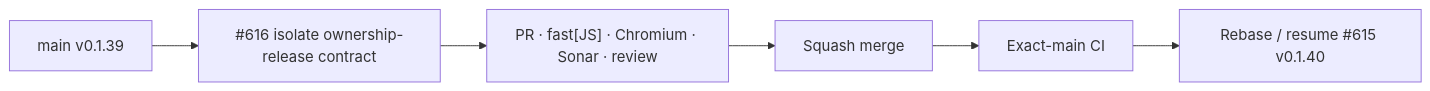
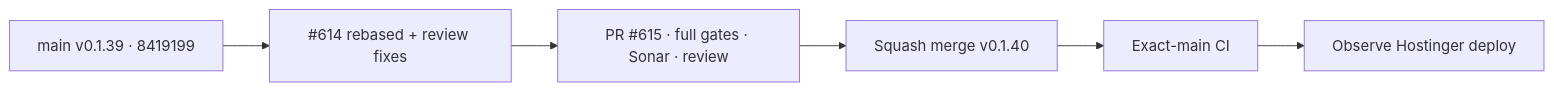
The diagram in README.md (pl0n3r/brvtal), drawn with Mermaid before and after one commit. The commit also changed other lines of this file and 10 other files, not shown here.

````diff
--- a/README.md
+++ b/README.md
@@ -51,8 +53,8 @@
 ```mermaid
 flowchart LR
- B["main v0.1.39"] --> T["#616 isolate ownership-release contract"]
- T --> P["PR · fast[JS] · Chromium · Sonar · review"]
- P --> M["Squash merge"]
+ B["main v0.1.39 · 8419199"] --> R["#614 rebased + review fixes"]
+ R --> P["PR #615 · full gates · Sonar · review"]
+ P --> M["Squash merge v0.1.40"]
  M --> X["Exact-main CI"]
- X --> R["Rebase / resume #615 v0.1.40"]
+ X --> D["Observe Hostinger deploy"]
 ```
````
